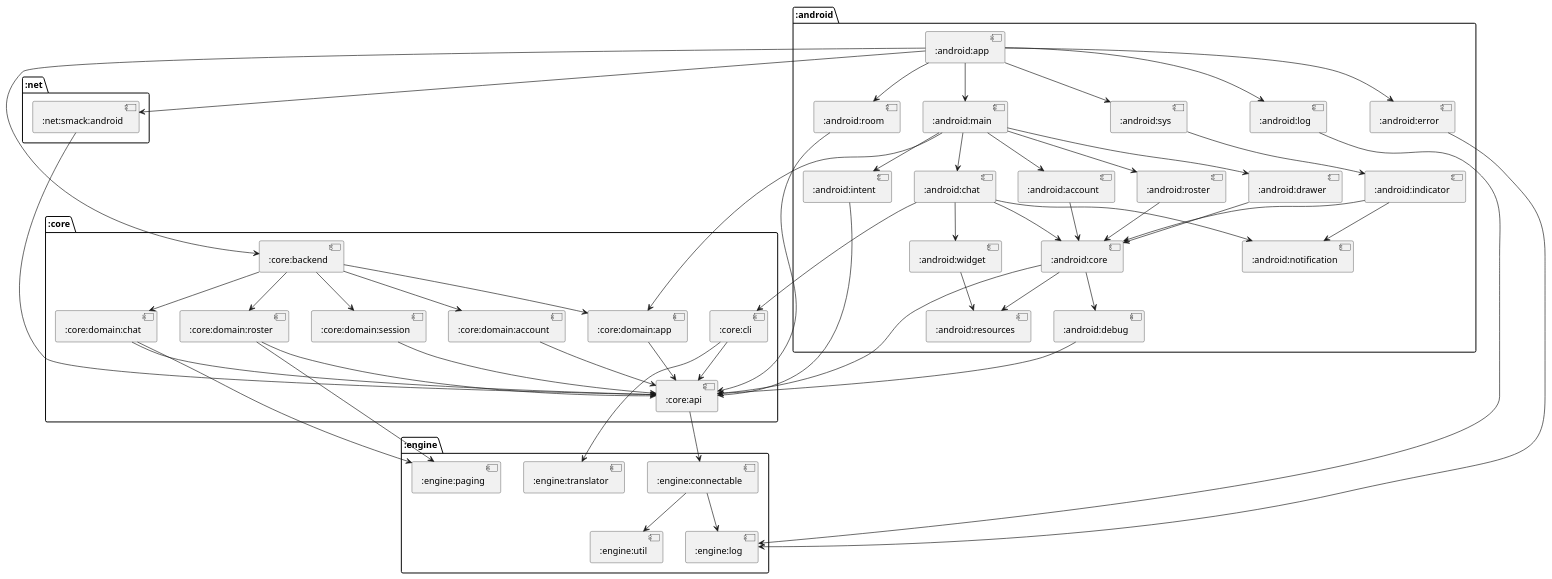
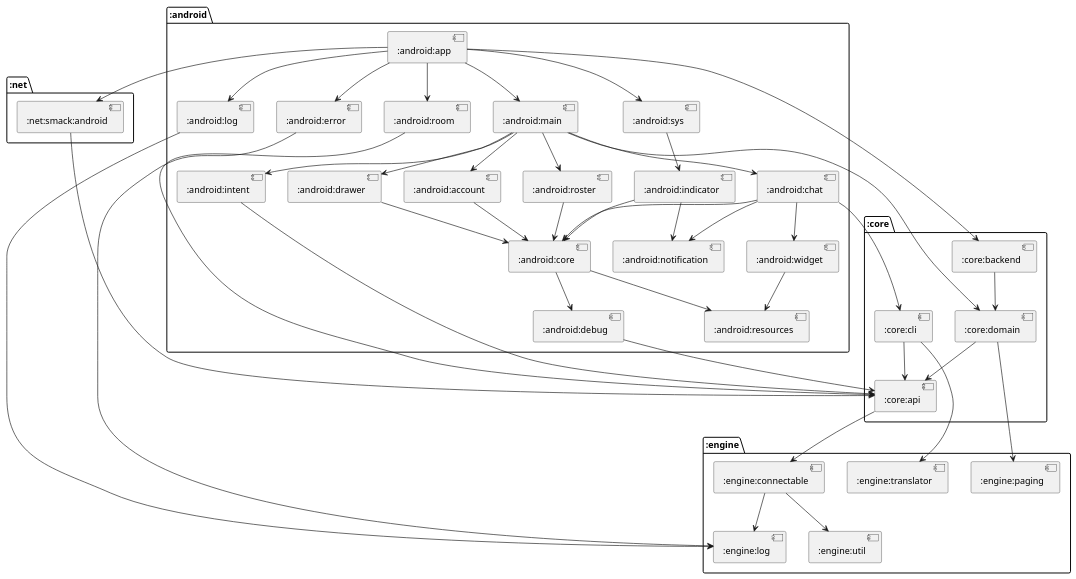
Before and after one commit to cryptopunkscc/crypton: the diagram in docs/modules/puml/:android:app.puml, drawn with PlantUML. The commit also changed 104 other files, not shown here.

First line of the commit message:
Merge :core:domain modules into one (#29)

```diff
--- a/docs/modules/puml/:android:app.puml
+++ b/docs/modules/puml/:android:app.puml
@@ -1,91 +1,77 @@
 @startuml
 package ":core" {
 [:core:backend]
-[:core:domain:app]
-[:core:domain:session]
-[:core:domain:account]
-[:core:domain:chat]
-[:core:domain:roster]
+[:core:domain]
 [:core:api]
 [:core:cli]
 }
 package ":net" {
 [:net:smack:android]
 }
 package ":android" {
 [:android:room]
 [:android:sys]
 [:android:log]
 [:android:error]
 [:android:main]
 [:android:indicator]
 [:android:core]
 [:android:notification]
 [:android:resources]
 [:android:debug]
 [:android:intent]
 [:android:account]
 [:android:roster]
 [:android:chat]
 [:android:drawer]
 [:android:widget]
 [:android:app]
 }
 package ":engine" {
+[:engine:paging]
 [:engine:connectable]
 [:engine:util]
 [:engine:log]
-[:engine:paging]
 [:engine:translator]
 }
-[:core:backend] --> [:core:domain:app]
-[:core:backend] --> [:core:domain:session]
-[:core:backend] --> [:core:domain:account]
-[:core:backend] --> [:core:domain:chat]
-[:core:backend] --> [:core:domain:roster]
+[:core:backend] --> [:core:domain]
 [:net:smack:android] --> [:core:api]
 [:android:room] --> [:core:api]
 [:android:sys] --> [:android:indicator]
 [:android:log] --> [:engine:log]
 [:android:error] --> [:engine:log]
 [:android:main] --> [:android:intent]
 [:android:main] --> [:android:account]
 [:android:main] --> [:android:roster]
 [:android:main] --> [:android:chat]
 [:android:main] --> [:android:drawer]
-[:android:main] --> [:core:domain:app]
-[:core:domain:app] --> [:core:api]
-[:core:domain:session] --> [:core:api]
-[:core:domain:account] --> [:core:api]
-[:core:domain:chat] --> [:engine:paging]
-[:core:domain:chat] --> [:core:api]
-[:core:domain:roster] --> [:engine:paging]
-[:core:domain:roster] --> [:core:api]
+[:android:main] --> [:core:domain]
+[:core:domain] --> [:engine:paging]
+[:core:domain] --> [:core:api]
 [:core:api] --> [:engine:connectable]
 [:engine:connectable] --> [:engine:util]
 [:engine:connectable] --> [:engine:log]
 [:android:indicator] --> [:android:core]
 [:android:indicator] --> [:android:notification]
-[:android:core] --> [:core:api]
 [:android:core] --> [:android:resources]
 [:android:core] --> [:android:debug]
 [:android:debug] --> [:core:api]
 [:android:intent] --> [:core:api]
 [:android:account] --> [:android:core]
 [:android:roster] --> [:android:core]
 [:android:chat] --> [:android:core]
 [:android:chat] --> [:android:notification]
 [:android:chat] --> [:android:widget]
 [:android:chat] --> [:core:cli]
 [:android:drawer] --> [:android:core]
 [:android:widget] --> [:android:resources]
 [:core:cli] --> [:engine:translator]
 [:core:cli] --> [:core:api]
 [:android:app] --> [:core:backend]
 [:android:app] --> [:net:smack:android]
 [:android:app] --> [:android:room]
 [:android:app] --> [:android:sys]
 [:android:app] --> [:android:log]
 [:android:app] --> [:android:error]
 [:android:app] --> [:android:main]
 @enduml
```
